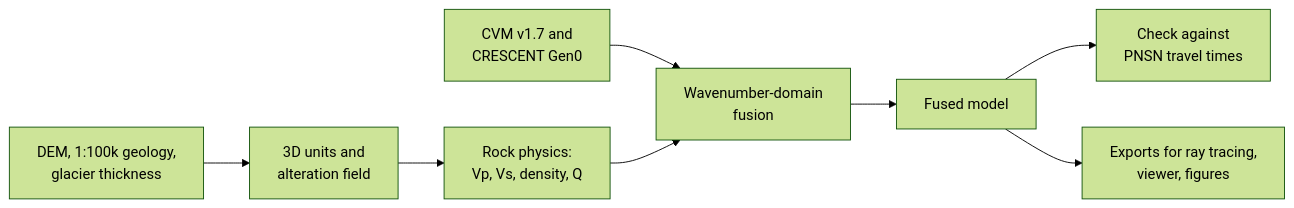
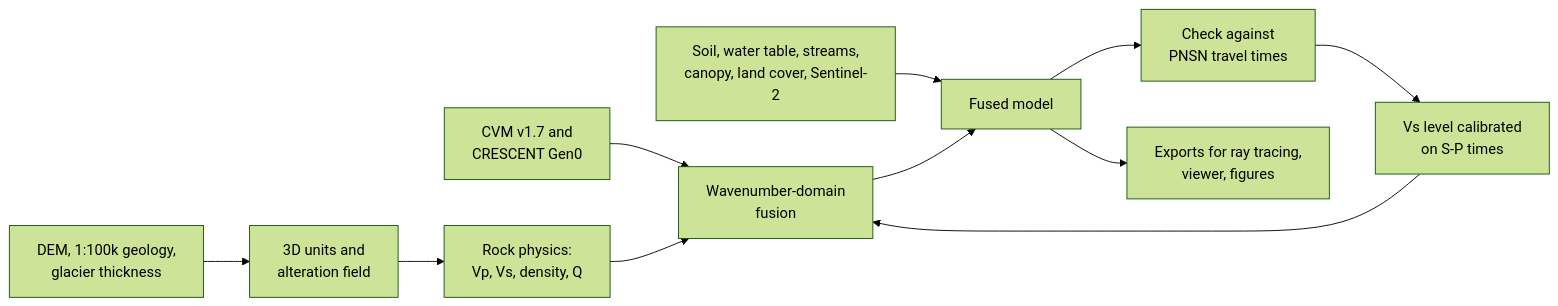
One commit to Denolle-Lab/mt-rainier-digital-model changed the diagram in docs/report/subsurface_model.md. Above: the diagram before and after it, drawn with Mermaid (forest theme). The commit also changed other lines of this file and 24 other files, not shown here.

````diff
--- a/docs/report/subsurface_model.md
+++ b/docs/report/subsurface_model.md
@@ -43,10 +46,13 @@
 ```mermaid
 flowchart LR
   A[DEM, 1:100k geology,<br/>glacier thickness] --> B[3D units and<br/>alteration field]
+  S[Soil, water table, streams,<br/>canopy, land cover, Sentinel-2] --> F
   B --> C[Rock physics:<br/>Vp, Vs, density, Q]
   D[CVM v1.7 and<br/>CRESCENT Gen0] --> E[Wavenumber-domain<br/>fusion]
   C --> E
   E --> F[Fused model]
   F --> G[Check against<br/>PNSN travel times]
+  G --> K[Vs level calibrated<br/>on S-P times]
+  K --> E
   F --> H[Exports for ray tracing,<br/>viewer, figures]
 ```
````
